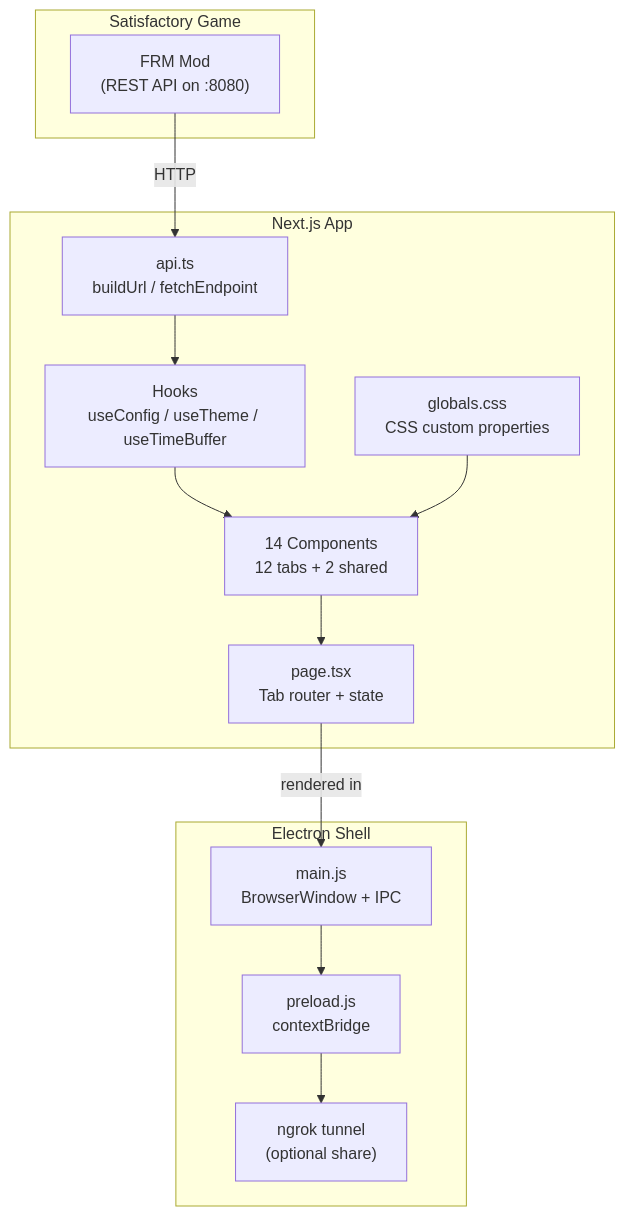
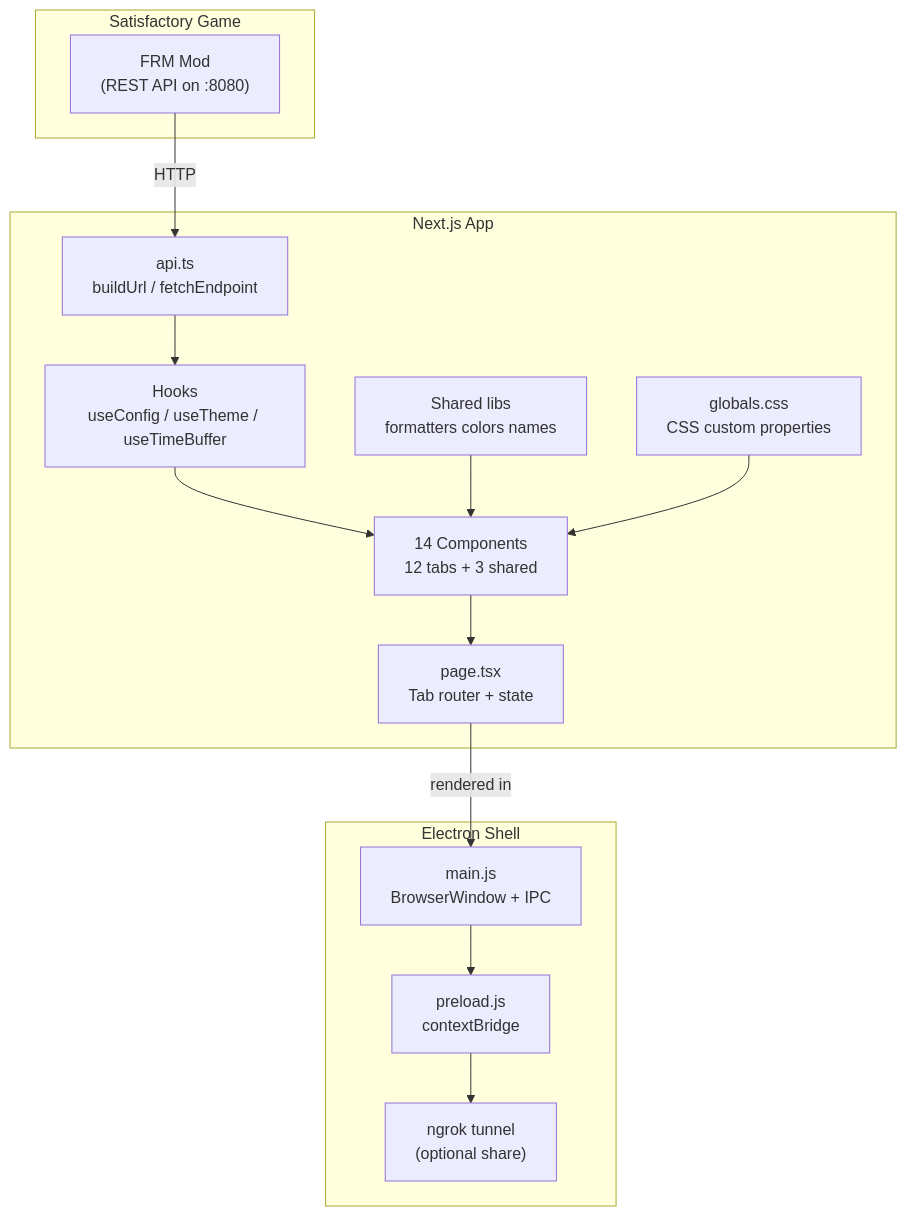
The diagram in docs/architecture.md (shakiata/satisfactoryStats), drawn with Mermaid before and after one commit. The commit also changed 38 other files, not shown here.

````diff
--- a/docs/architecture.md
+++ b/docs/architecture.md
@@ -7,26 +7,28 @@
 ```mermaid
 graph TD
     subgraph "Satisfactory Game"
         FRM["FRM Mod<br/>(REST API on :8080)"]
     end
     subgraph "Electron Shell"
         MAIN["main.js<br/>BrowserWindow + IPC"]
         PRELOAD["preload.js<br/>contextBridge"]
         NGROK["ngrok tunnel<br/>(optional share)"]
     end
     subgraph "Next.js App"
         PAGE["page.tsx<br/>Tab router + state"]
         HOOKS["Hooks<br/>useConfig / useTheme / useTimeBuffer"]
         API["api.ts<br/>buildUrl / fetchEndpoint"]
-        COMPONENTS["14 Components<br/>12 tabs + 2 shared"]
+        COMPONENTS["14 Components<br/>12 tabs + 3 shared"]
+        LIBS["Shared libs<br/>formatters colors names"]
         GLOBALS["globals.css<br/>CSS custom properties"]
     end
     FRM -->|HTTP| API
     API --> HOOKS
     HOOKS --> COMPONENTS
+    LIBS --> COMPONENTS
     COMPONENTS --> PAGE
     MAIN --> PRELOAD
     PRELOAD --> NGROK
     PAGE -->|rendered in| MAIN
     GLOBALS --> COMPONENTS
 ```
````
